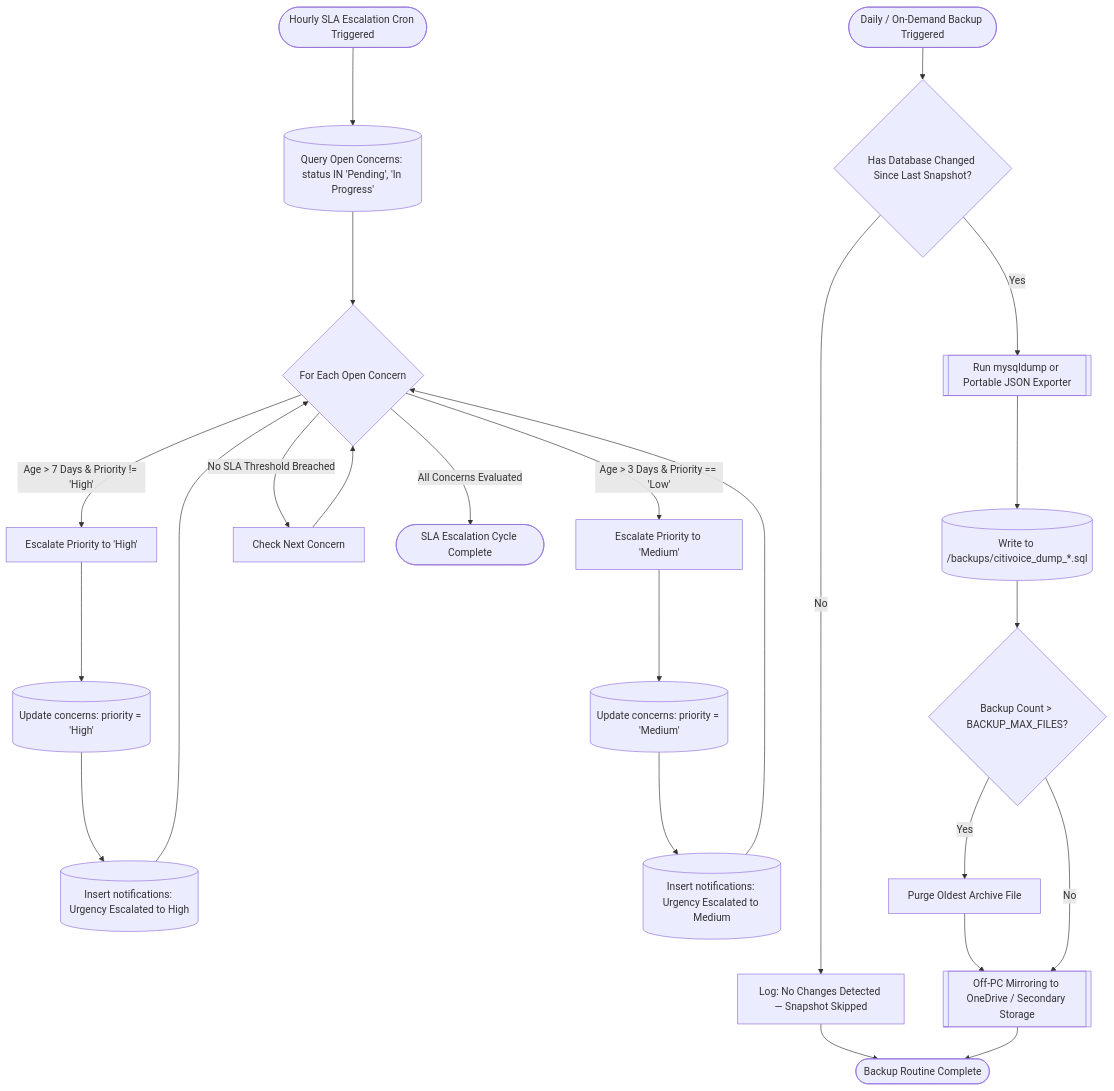
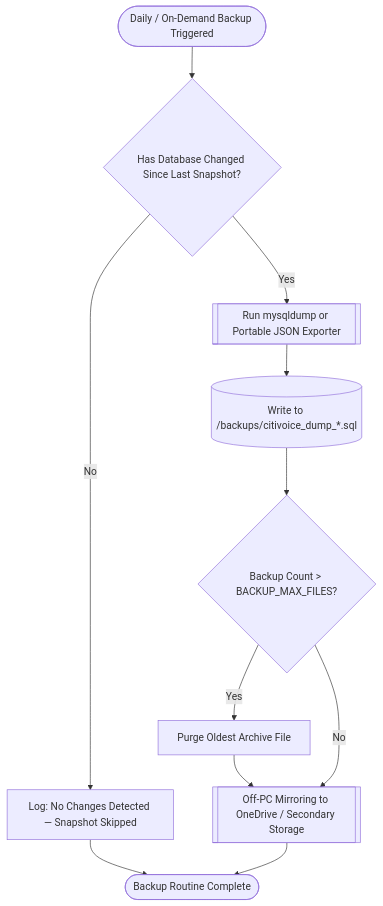
The sixth of 6 diagrams in SYSTEM_FLOWCHART.md (palingubaerwin029-ai/citivoice), drawn with Mermaid before and after one commit. The commit also changed other lines of this file and 4 other files, not shown here.

Commit message:
Remove SLA priority escalation daemon and update diagrams and documentation

````diff
--- a/SYSTEM_FLOWCHART.md
+++ b/SYSTEM_FLOWCHART.md
@@ -337,35 +337,16 @@
 ```mermaid
 flowchart TD
-    StartEscalation([Hourly SLA Escalation Cron Triggered]) --> QueryOpen[(Query Open Concerns: status IN 'Pending', 'In Progress')]
-    QueryOpen --> LoopConcerns{For Each Open Concern}
-    
-    LoopConcerns -- "Age > 7 Days & Priority != 'High'" --> EscalateHigh[Escalate Priority to 'High']
-    EscalateHigh --> UpdateHigh[(Update concerns: priority = 'High')]
-    UpdateHigh --> NotifyHigh[(Insert notifications: Urgency Escalated to High)]
-    NotifyHigh --> LoopConcerns
-    
-    LoopConcerns -- "Age > 3 Days & Priority == 'Low'" --> EscalateMed[Escalate Priority to 'Medium']
-    EscalateMed --> UpdateMed[(Update concerns: priority = 'Medium')]
-    UpdateMed --> NotifyMed[(Insert notifications: Urgency Escalated to Medium)]
-    NotifyMed --> LoopConcerns
-    
-    LoopConcerns -- "No SLA Threshold Breached" --> NextConcern[Check Next Concern]
-    NextConcern --> LoopConcerns
-    
-    LoopConcerns -- "All Concerns Evaluated" --> EndSLA([SLA Escalation Cycle Complete])
-    
-    %% Backup Subsystem
     StartBackup([Daily / On-Demand Backup Triggered]) --> CheckDataChange{"Has Database Changed Since Last Snapshot?"}
     CheckDataChange -- "No" --> SkipBackup[Log: No Changes Detected — Snapshot Skipped]
     SkipBackup --> EndBackup([Backup Routine Complete])
     
     CheckDataChange -- "Yes" --> DumpEngine[["Run mysqldump or Portable JSON Exporter"]]
     DumpEngine --> WriteFile[(Write to /backups/citivoice_dump_*.sql)]
     WriteFile --> RotateBackups{"Backup Count > BACKUP_MAX_FILES?"}
     
     RotateBackups -- "Yes" --> PurgeOld[Purge Oldest Archive File]
     PurgeOld --> MirrorCloud[["Off-PC Mirroring to OneDrive / Secondary Storage"]]
     
     RotateBackups -- "No" --> MirrorCloud
     MirrorCloud --> EndBackup
 ```
````
